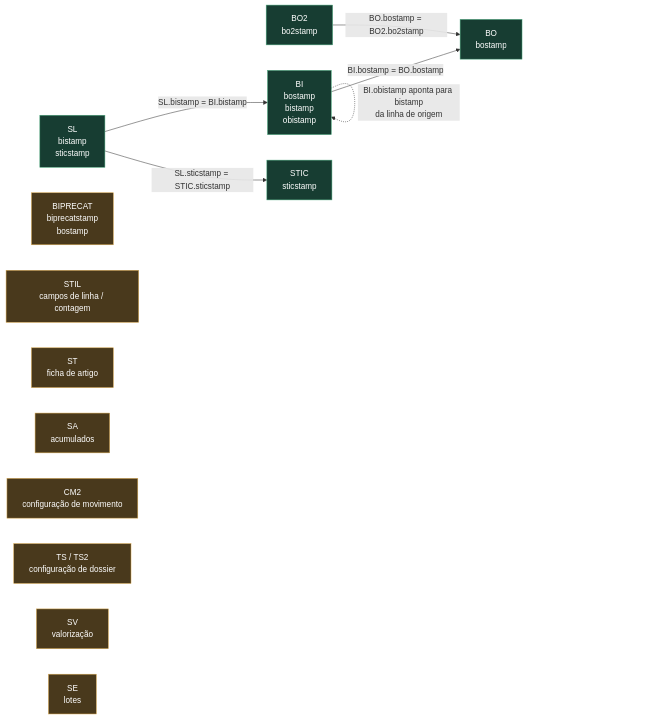
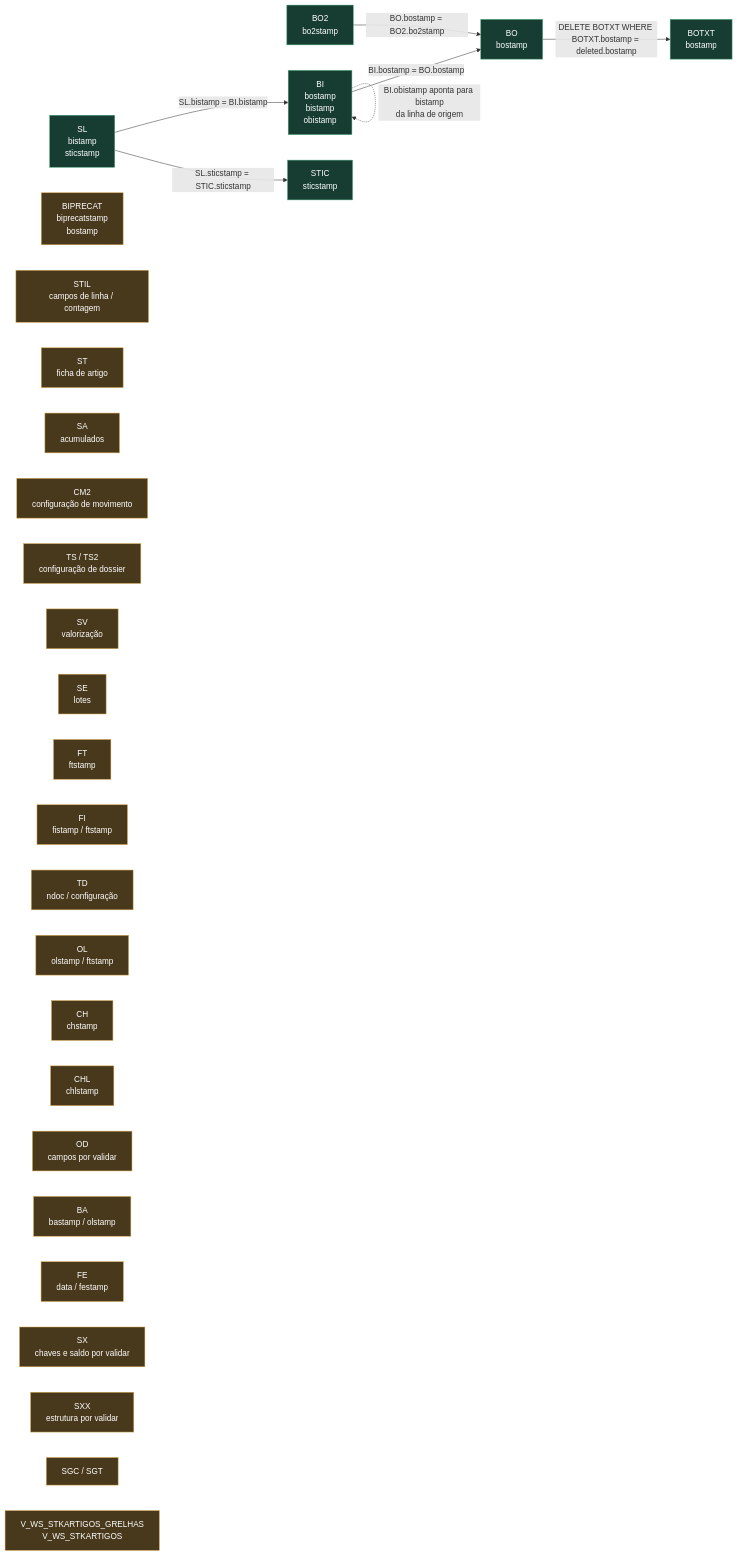
The second of 2 diagrams in docs/audits/grafos-phc-funcional-e-estrutural-2026-11-25.md (Jhouinho/PhcKnowledge), drawn with Mermaid before and after one commit. The commit also changed other lines of this file, not shown here.

Commit message:
docs(graph): expandir grafo PHC com tesouraria, grelhas e BOTXT

````diff
--- a/docs/audits/grafos-phc-funcional-e-estrutural-2026-11-25.md
+++ b/docs/audits/grafos-phc-funcional-e-estrutural-2026-11-25.md
@@ -92,28 +151,44 @@
 ```mermaid
 flowchart LR
   BO["BO<br/>bostamp"]
   BO2["BO2<br/>bo2stamp"]
   BI["BI<br/>bostamp<br/>bistamp<br/>obistamp"]
   SL["SL<br/>bistamp<br/>sticstamp"]
   STIC["STIC<br/>sticstamp"]
 
   BO2 -->|"BO.bostamp = BO2.bo2stamp"| BO
   BI -->|"BI.bostamp = BO.bostamp"| BO
   SL -->|"SL.bistamp = BI.bistamp"| BI
   BI -.->|"BI.obistamp aponta para bistamp<br/>da linha de origem"| BI
   SL -->|"SL.sticstamp = STIC.sticstamp"| STIC
 
   BIP["BIPRECAT<br/>biprecatstamp<br/>bostamp"]
+  BOTXT["BOTXT<br/>bostamp"]
   STIL["STIL<br/>campos de linha / contagem"]
   ST["ST<br/>ficha de artigo"]
   SA["SA<br/>acumulados"]
   CM2["CM2<br/>configuração de movimento"]
   TS["TS / TS2<br/>configuração de dossier"]
   SV["SV<br/>valorização"]
   SE["SE<br/>lotes"]
+  FT["FT<br/>ftstamp"]
+  FI["FI<br/>fistamp / ftstamp"]
+  TD["TD<br/>ndoc / configuração"]
+  OL["OL<br/>olstamp / ftstamp"]
+  CH["CH<br/>chstamp"]
+  CHL["CHL<br/>chlstamp"]
+  OD["OD<br/>campos por validar"]
+  BA["BA<br/>bastamp / olstamp"]
+  FE["FE<br/>data / festamp"]
+  SX["SX<br/>chaves e saldo por validar"]
+  SXX["SXX<br/>estrutura por validar"]
+  SGC["SGC / SGT"]
+  VIEWS["V_WS_STKARTIGOS_GRELHAS<br/>V_WS_STKARTIGOS"]
+
+  BO -->|"DELETE BOTXT WHERE BOTXT.bostamp = deleted.bostamp"| BOTXT
 
   classDef observed fill:#173d32,stroke:#48a77b,color:#fff
   classDef unresolved fill:#49391c,stroke:#d6a64c,color:#fff
-  class BO,BO2,BI,SL,STIC observed
-  class BIP,STIL,ST,SA,CM2,TS,SV,SE unresolved
+  class BO,BO2,BI,SL,STIC,BOTXT observed
+  class BIP,STIL,ST,SA,CM2,TS,SV,SE,FT,FI,TD,OL,CH,CHL,OD,BA,FE,SX,SXX,SGC,VIEWS unresolved
 ```
````
